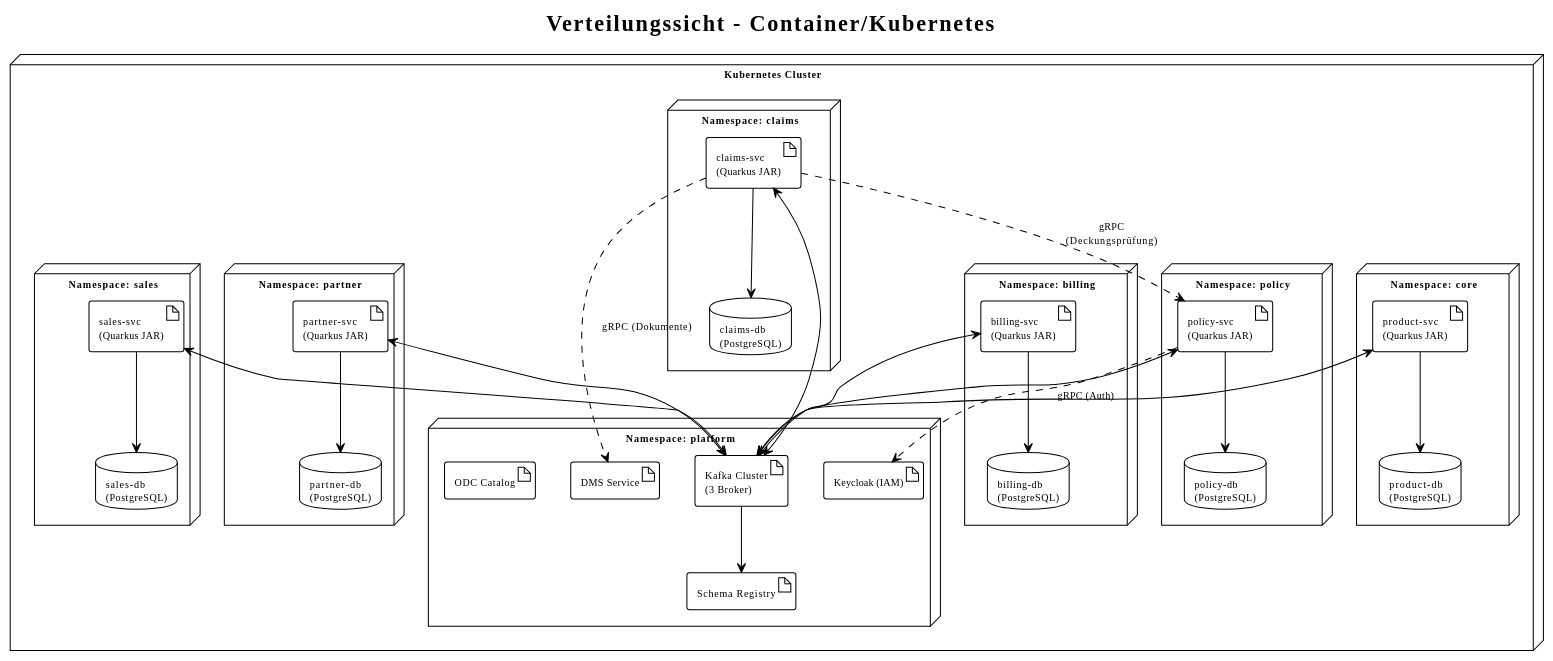
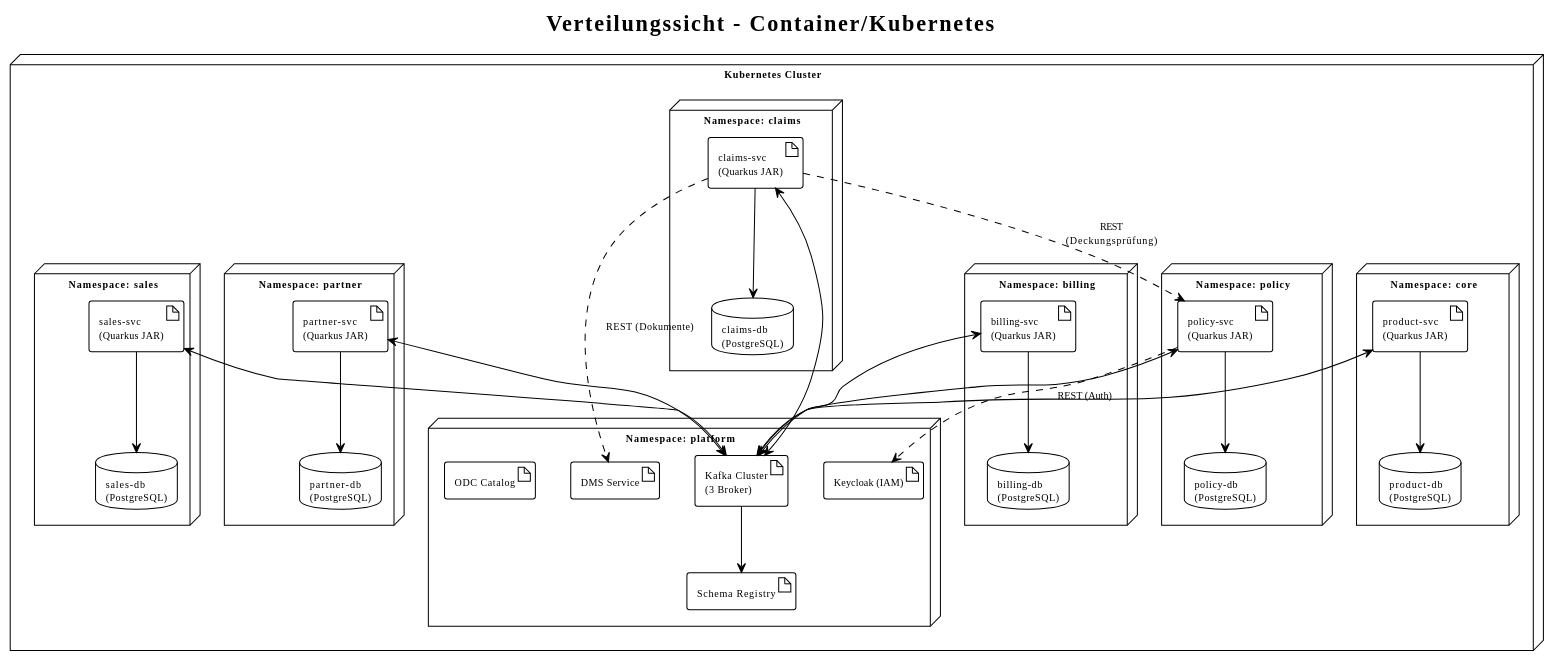
One commit to LukasW/datamesh changed diagram 11 of 13 in specs/arc42.md. Above: the diagram before and after it, drawn with PlantUML. The commit also changed other lines of this file and 77 other files, not shown here.

````diff
--- a/specs/arc42.md
+++ b/specs/arc42.md
@@ -550,68 +611,68 @@
 ```plantuml
 @startuml deployment
 !theme plain
 skinparam defaultFontSize 10
 
 title Verteilungssicht – Container/Kubernetes
 
 node "Kubernetes Cluster" {
 
   node "Namespace: core" {
     artifact "product-svc\n(Quarkus JAR)" as PROD_SVC
     database "product-db\n(PostgreSQL)" as PROD_DB
     PROD_SVC --> PROD_DB
   }
 
   node "Namespace: policy" {
     artifact "policy-svc\n(Quarkus JAR)" as POL_SVC
     database "policy-db\n(PostgreSQL)" as POL_DB
     POL_SVC --> POL_DB
   }
 
   node "Namespace: claims" {
     artifact "claims-svc\n(Quarkus JAR)" as CLM_SVC
     database "claims-db\n(PostgreSQL)" as CLM_DB
     CLM_SVC --> CLM_DB
   }
 
   node "Namespace: billing" {
     artifact "billing-svc\n(Quarkus JAR)" as BIL_SVC
     database "billing-db\n(PostgreSQL)" as BIL_DB
     BIL_SVC --> BIL_DB
   }
 
   node "Namespace: partner" {
     artifact "partner-svc\n(Quarkus JAR)" as PCM_SVC
     database "partner-db\n(PostgreSQL)" as PCM_DB
     PCM_SVC --> PCM_DB
   }
 
   node "Namespace: sales" {
     artifact "sales-svc\n(Quarkus JAR)" as SAL_SVC
     database "sales-db\n(PostgreSQL)" as SAL_DB
     SAL_SVC --> SAL_DB
   }
 
   node "Namespace: platform" {
     artifact "Kafka Cluster\n(3 Broker)" as KAFKA
     artifact "Schema Registry" as SR
     artifact "Keycloak (IAM)" as IAM
     artifact "DMS Service" as DMS
     artifact "ODC Catalog" as ODC
     KAFKA --> SR
   }
 }
 
 POL_SVC <--> KAFKA
 CLM_SVC <--> KAFKA
 BIL_SVC <--> KAFKA
 PROD_SVC <--> KAFKA
 PCM_SVC <--> KAFKA
 SAL_SVC <--> KAFKA
 
-CLM_SVC ..> POL_SVC : gRPC\n(Deckungsprüfung)
-POL_SVC ..> IAM : gRPC (Auth)
-CLM_SVC ..> DMS : gRPC (Dokumente)
+CLM_SVC ..> POL_SVC : REST\n(Deckungsprüfung)
+POL_SVC ..> IAM : REST (Auth)
+CLM_SVC ..> DMS : REST (Dokumente)
 
 @enduml
 ```
````
